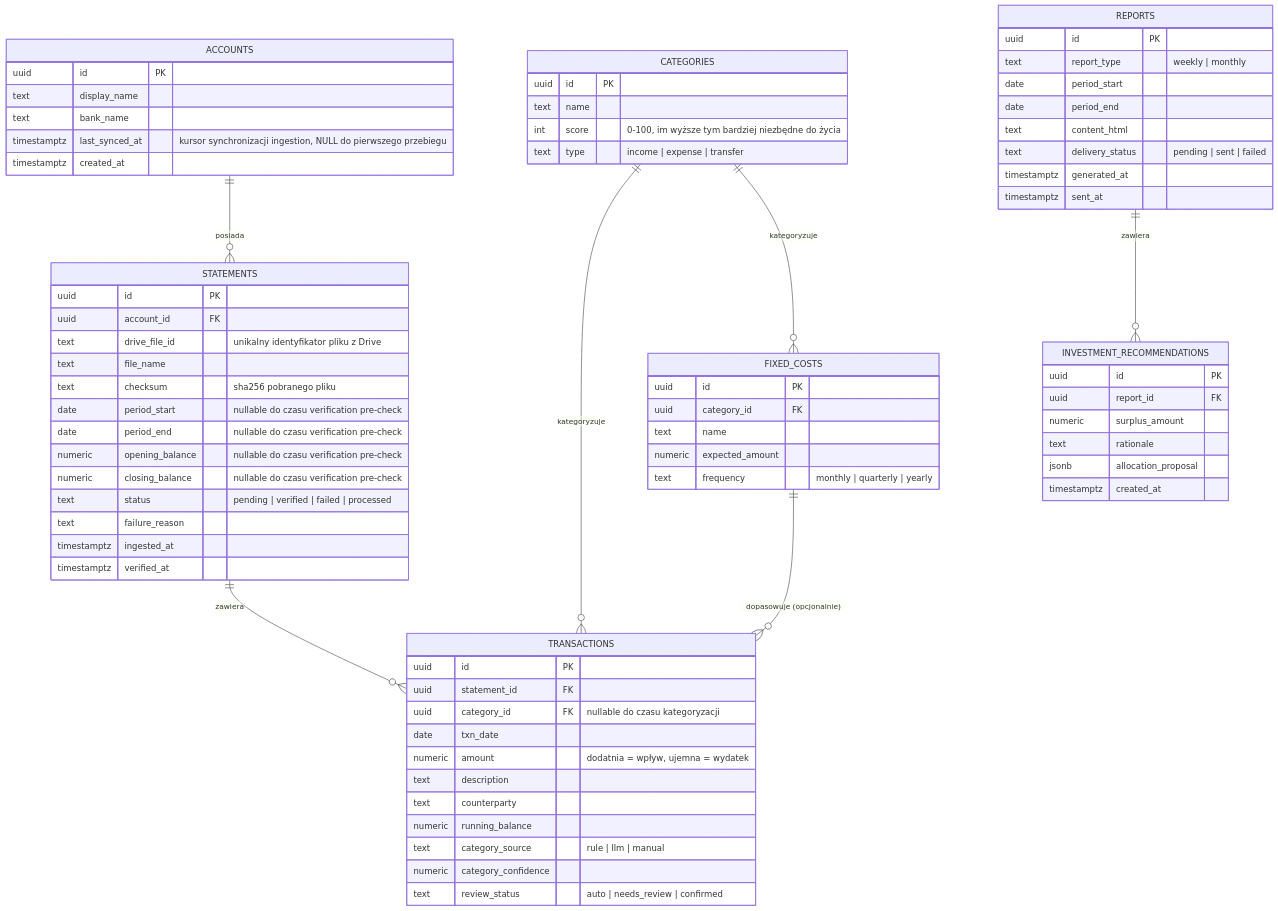
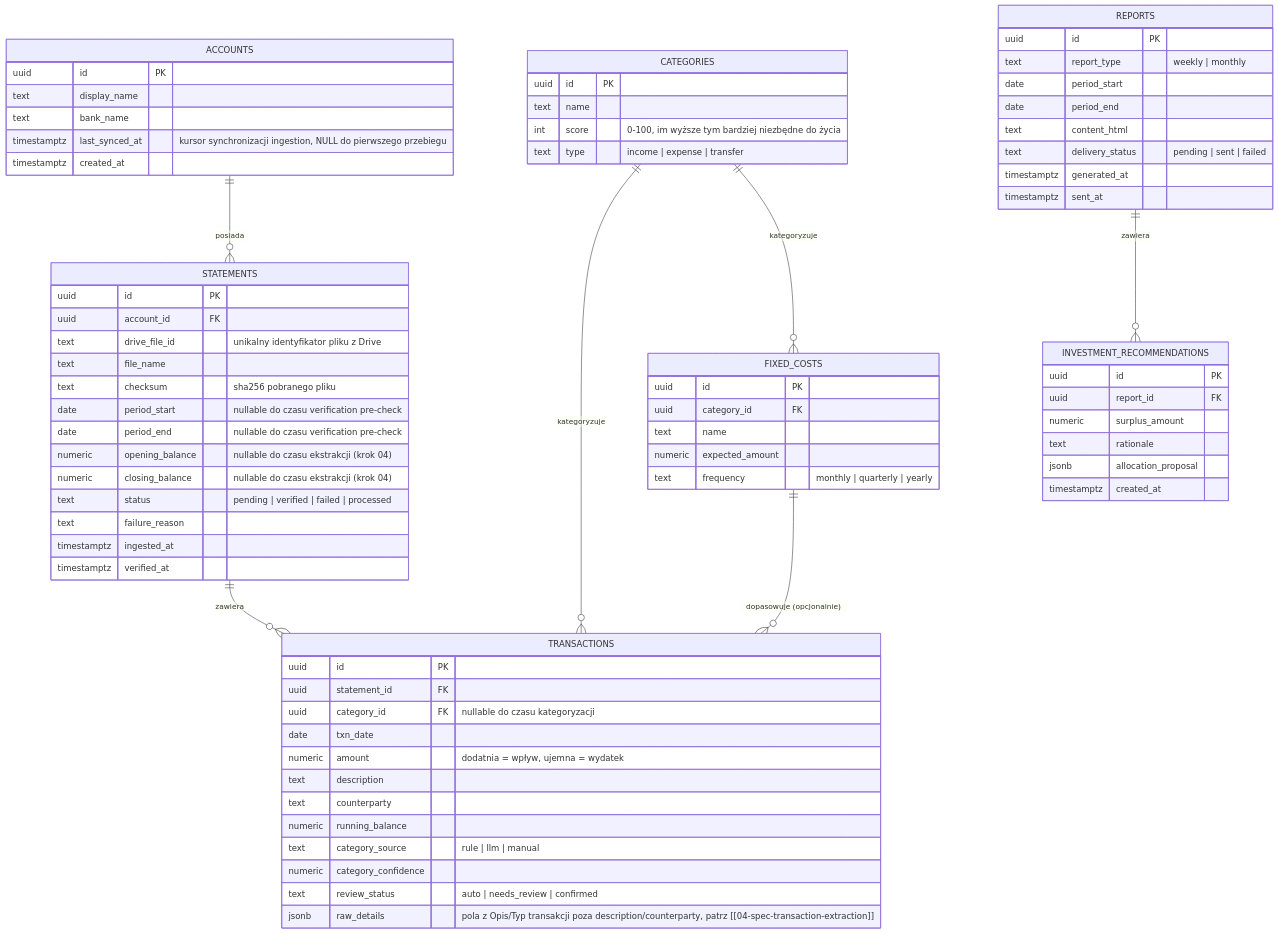
One commit to jakubwilk/ai-finance-agent changed the diagram in docs/01-spec-data-model.md. Above: the diagram before and after it, drawn with Mermaid. The commit also changed 3 other files, not shown here.

Commit message:
feat: update data model and ingestion specifications to clarify balance handling and extraction processes

```diff
--- a/docs/01-spec-data-model.md
+++ b/docs/01-spec-data-model.md
@@ -53,8 +53,8 @@
         text checksum "sha256 pobranego pliku"
         date period_start "nullable do czasu verification pre-check"
         date period_end "nullable do czasu verification pre-check"
-        numeric opening_balance "nullable do czasu verification pre-check"
-        numeric closing_balance "nullable do czasu verification pre-check"
+        numeric opening_balance "nullable do czasu ekstrakcji (krok 04)"
+        numeric closing_balance "nullable do czasu ekstrakcji (krok 04)"
         text status "pending | verified | failed | processed"
         text failure_reason
         timestamptz ingested_at
@@ -73,6 +73,7 @@
         text category_source "rule | llm | manual"
         numeric category_confidence
         text review_status "auto | needs_review | confirmed"
+        jsonb raw_details "pola z Opis/Typ transakcji poza description/counterparty, patrz [[04-spec-transaction-extraction]]"
     }
 
     CATEGORIES {
```
